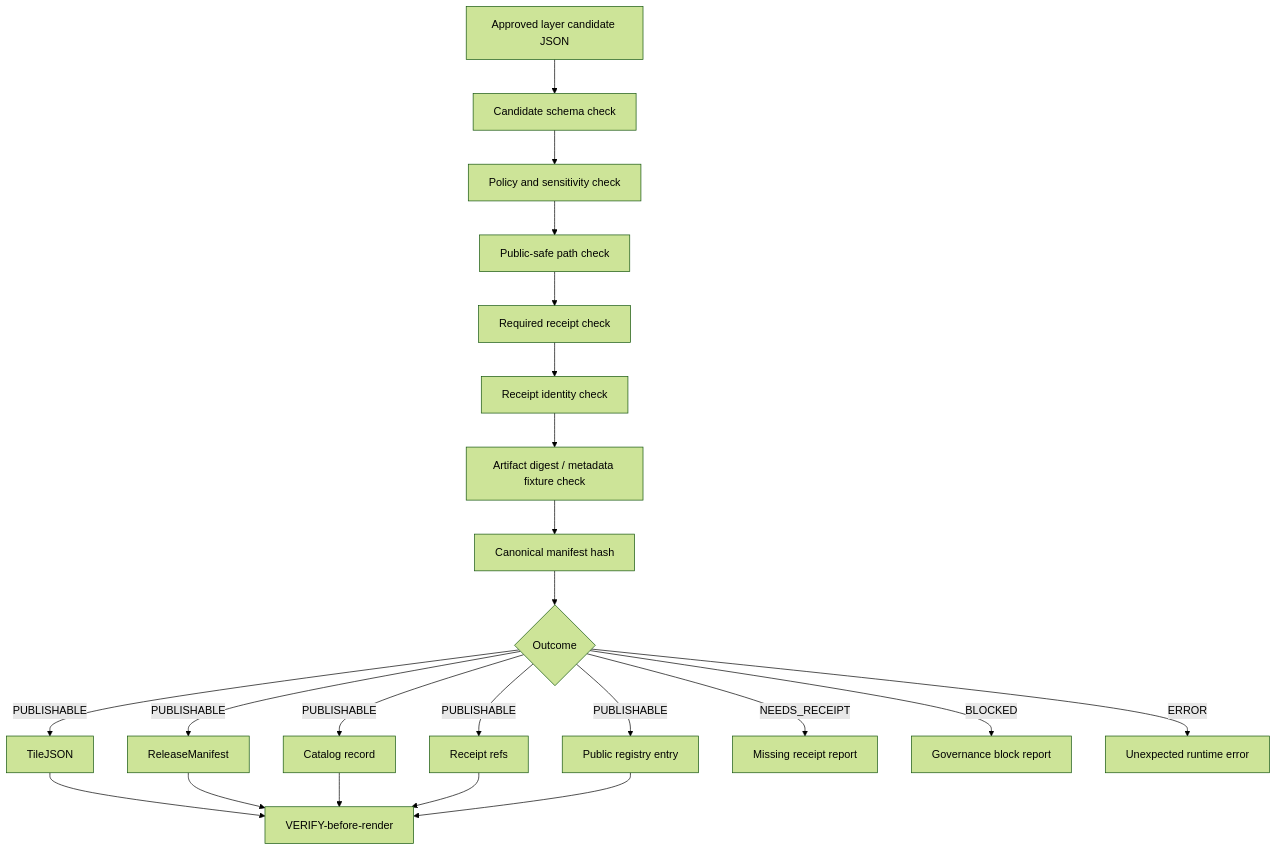
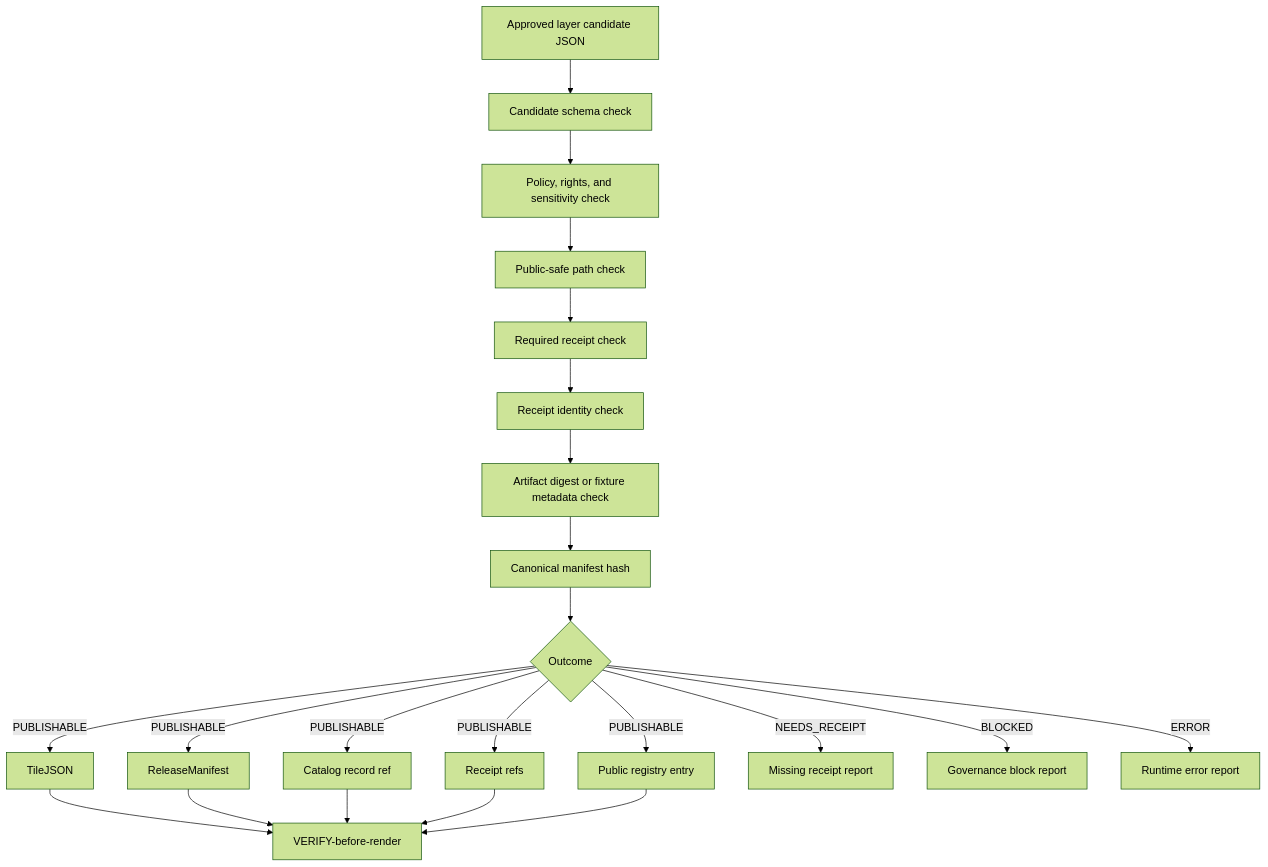
One commit to bartytime4life/Kansas-Frontier-Matrix changed the second of 2 diagrams in docs/architecture/tiles/GOVERNED_TILE_RELEASE_PUBLISHER.md. Above: the diagram before and after it, drawn with Mermaid (forest theme). The commit also changed other lines of this file, not shown here.

````diff
--- a/docs/architecture/tiles/GOVERNED_TILE_RELEASE_PUBLISHER.md
+++ b/docs/architecture/tiles/GOVERNED_TILE_RELEASE_PUBLISHER.md
@@ -93,27 +153,27 @@
 ```mermaid
 flowchart TD
   A[Approved layer candidate JSON] --> B[Candidate schema check]
-  B --> C[Policy and sensitivity check]
+  B --> C[Policy, rights, and sensitivity check]
   C --> D[Public-safe path check]
   D --> E[Required receipt check]
   E --> F[Receipt identity check]
-  F --> G[Artifact digest / metadata fixture check]
+  F --> G[Artifact digest or fixture metadata check]
   G --> H[Canonical manifest hash]
   H --> I{Outcome}
 
   I -->|PUBLISHABLE| J[TileJSON]
   I -->|PUBLISHABLE| K[ReleaseManifest]
-  I -->|PUBLISHABLE| L[Catalog record]
+  I -->|PUBLISHABLE| L[Catalog record ref]
   I -->|PUBLISHABLE| M[Receipt refs]
   I -->|PUBLISHABLE| N[Public registry entry]
 
   I -->|NEEDS_RECEIPT| O[Missing receipt report]
   I -->|BLOCKED| P[Governance block report]
-  I -->|ERROR| Q[Unexpected runtime error]
+  I -->|ERROR| Q[Runtime error report]
 
   J --> R[VERIFY-before-render]
   K --> R
   L --> R
   M --> R
   N --> R
 ```
````
